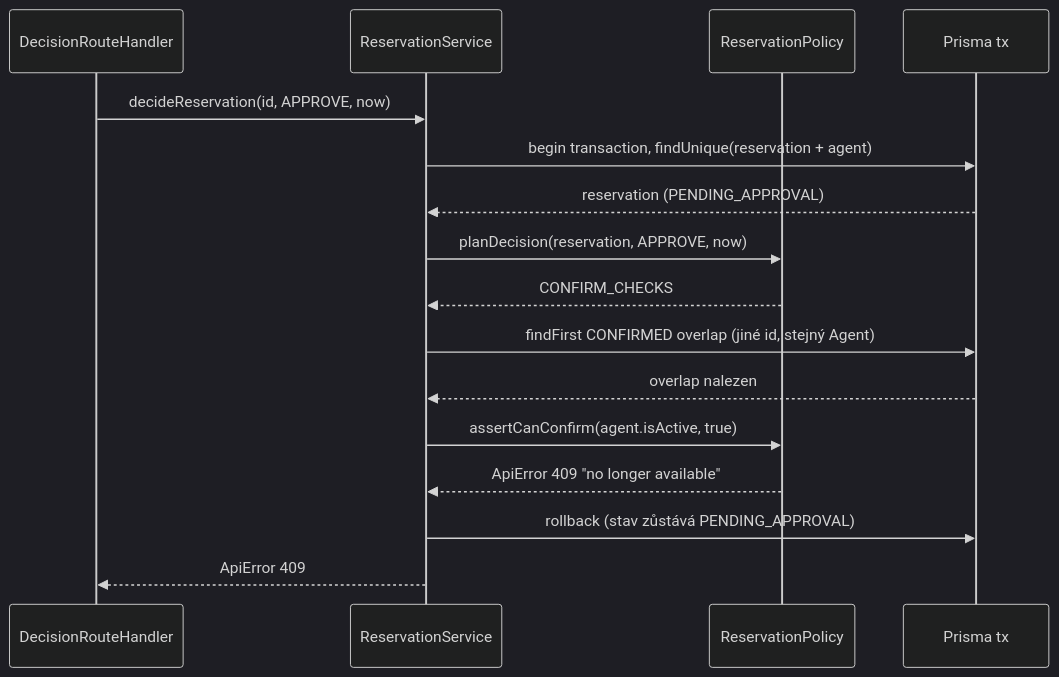
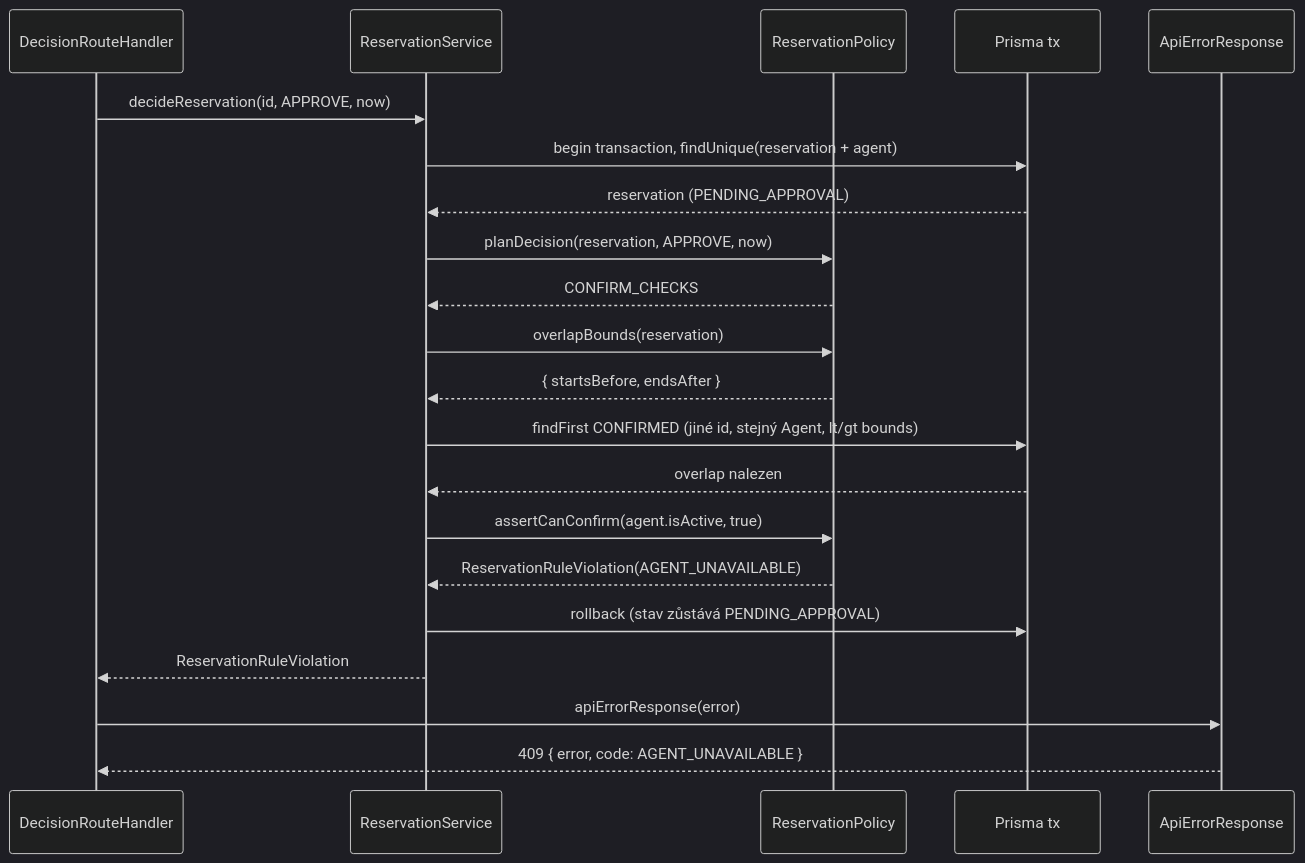
The second of 2 diagrams in docs/c05/detailed-design.md (Ten-James/swi-proj), drawn with Mermaid (dark theme) before and after one commit. The commit also changed other lines of this file and 14 other files, not shown here.

````diff
--- a/docs/c05/detailed-design.md
+++ b/docs/c05/detailed-design.md
@@ -139,19 +172,24 @@
 ```mermaid
 sequenceDiagram
   participant H as DecisionRouteHandler
   participant S as ReservationService
   participant P as ReservationPolicy
   participant DB as Prisma tx
+  participant A as ApiErrorResponse
 
   H->>S: decideReservation(id, APPROVE, now)
   S->>DB: begin transaction, findUnique(reservation + agent)
   DB-->>S: reservation (PENDING_APPROVAL)
   S->>P: planDecision(reservation, APPROVE, now)
   P-->>S: CONFIRM_CHECKS
-  S->>DB: findFirst CONFIRMED overlap (jiné id, stejný Agent)
+  S->>P: overlapBounds(reservation)
+  P-->>S: { startsBefore, endsAfter }
+  S->>DB: findFirst CONFIRMED (jiné id, stejný Agent, lt/gt bounds)
   DB-->>S: overlap nalezen
   S->>P: assertCanConfirm(agent.isActive, true)
-  P-->>S: ApiError 409 "no longer available"
+  P-->>S: ReservationRuleViolation(AGENT_UNAVAILABLE)
   S->>DB: rollback (stav zůstává PENDING_APPROVAL)
-  S-->>H: ApiError 409
+  S-->>H: ReservationRuleViolation
+  H->>A: apiErrorResponse(error)
+  A-->>H: 409 { error, code: AGENT_UNAVAILABLE }
 ```
````
